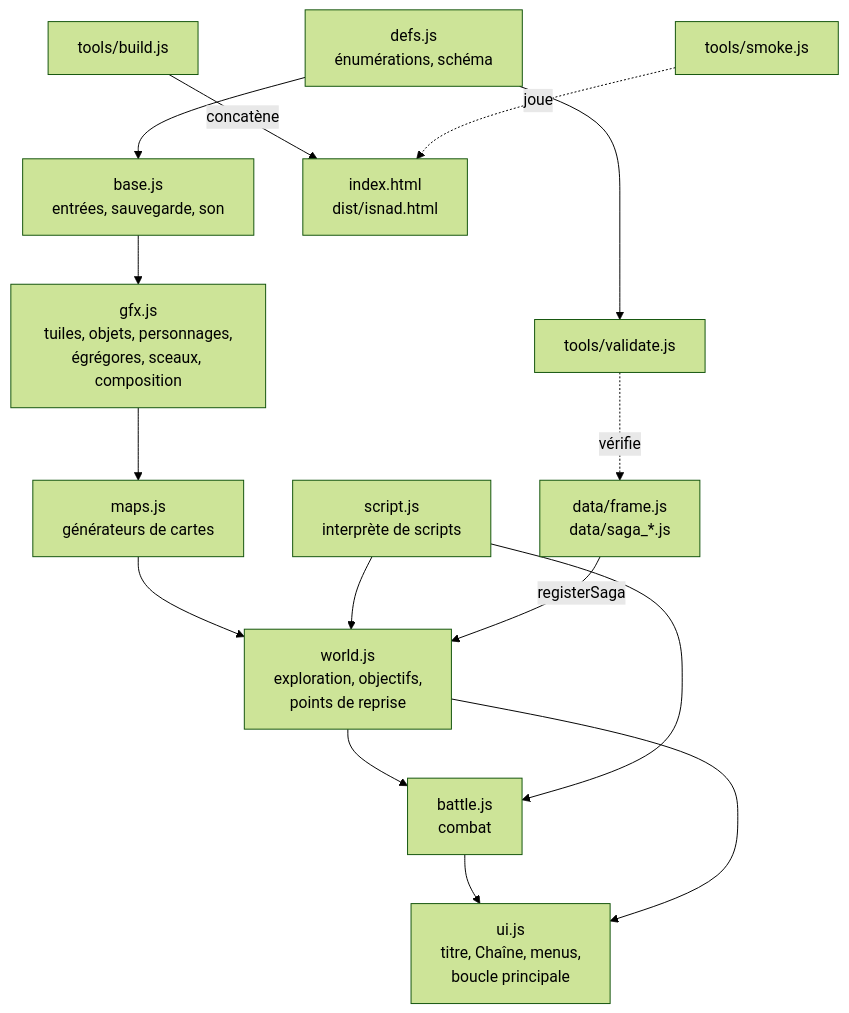
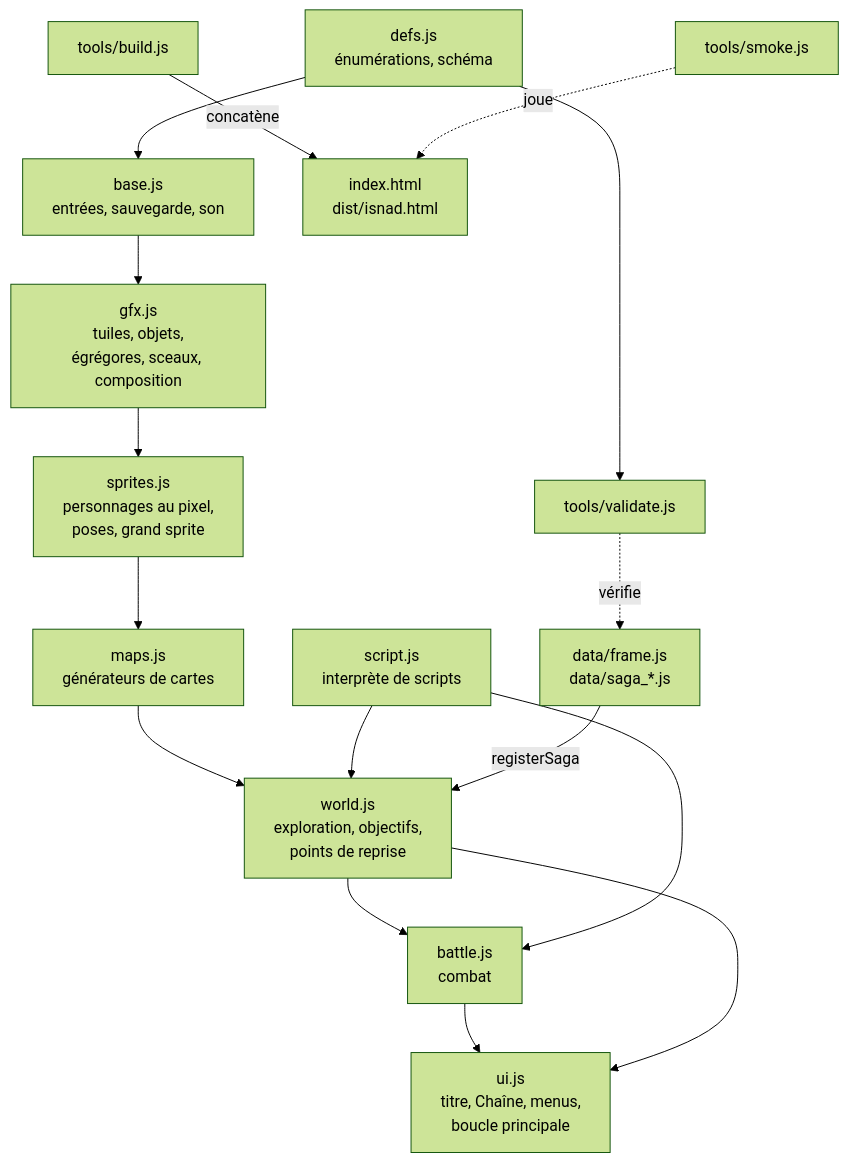
Before and after one commit to abdelhfid-tech/claudecode: the diagram in docs/architecture.md, drawn with Mermaid (forest theme). The commit also changed 222 other files, not shown here.

````diff
--- a/docs/architecture.md
+++ b/docs/architecture.md
@@ -21,17 +21,18 @@
 ```mermaid
 flowchart TD
   defs[defs.js<br>énumérations, schéma] --> base[base.js<br>entrées, sauvegarde, son]
   defs --> validate[tools/validate.js]
-  base --> gfx[gfx.js<br>tuiles, objets, personnages,<br>égrégores, sceaux, composition]
-  gfx --> maps[maps.js<br>générateurs de cartes]
+  base --> gfx[gfx.js<br>tuiles, objets,<br>égrégores, sceaux, composition]
+  gfx --> sprites[sprites.js<br>personnages au pixel,<br>poses, grand sprite]
+  sprites --> maps[maps.js<br>générateurs de cartes]
   maps --> world[world.js<br>exploration, objectifs,<br>points de reprise]
   script[script.js<br>interprète de scripts] --> world
   world --> battle[battle.js<br>combat]
   script --> battle
   battle --> ui[ui.js<br>titre, Chaîne, menus,<br>boucle principale]
   world --> ui
   data[data/frame.js<br>data/saga_*.js] -->|registerSaga| world
   validate -.vérifie.-> data
   build[tools/build.js] -->|concatène| out[index.html<br>dist/isnad.html]
   smoke[tools/smoke.js] -.joue.-> out
 ```
````
